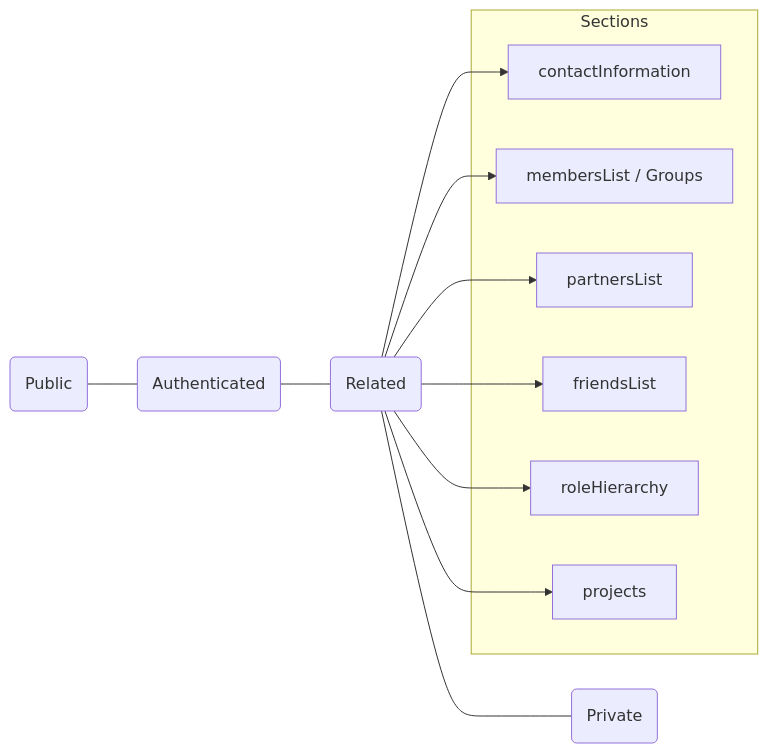
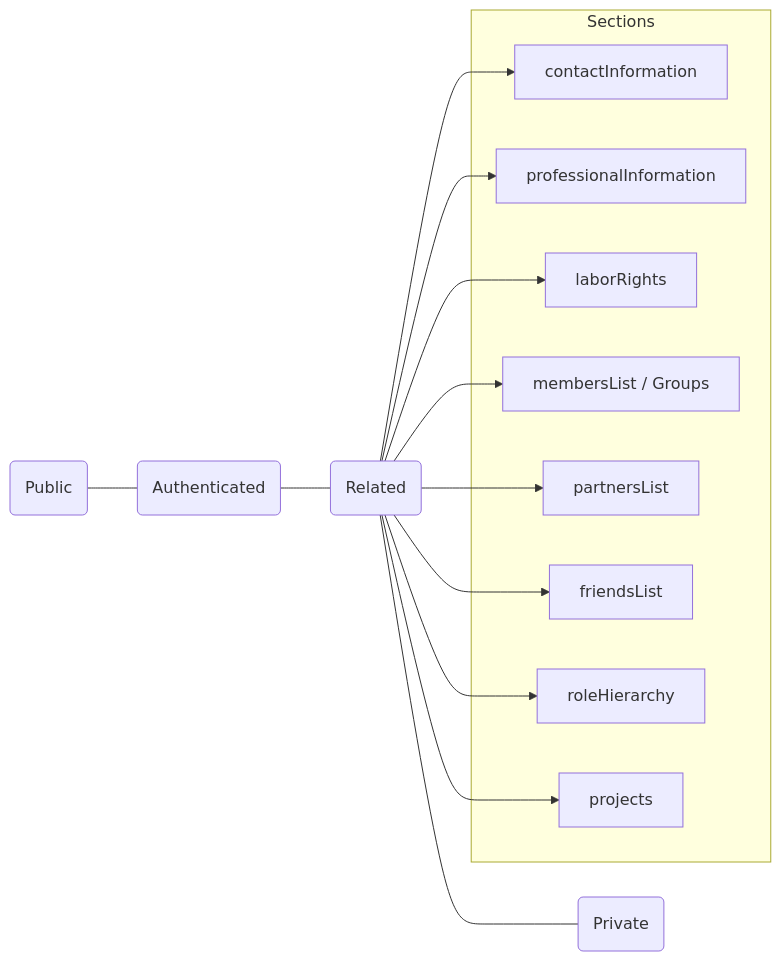
Before and after one commit to ASCENDynamics-NFP/AscendCoopPlatform: the seventh of 7 diagrams in docs/privacy-settings.md, drawn with Mermaid. The commit also changed other lines of this file, not shown here.

````diff
--- a/docs/privacy-settings.md
+++ b/docs/privacy-settings.md
@@ -227,21 +242,25 @@
 ```mermaid
 graph LR
   Public(Public) --- Auth(Authenticated) --- Related(Related)
   Related --- Private(Private)
 
   subgraph Sections
     CI[contactInformation]
+    PF[professionalInformation]
+    LR[laborRights]
     ML[membersList / Groups]
     PL[partnersList]
     FL[friendsList]
     RH[roleHierarchy]
     PR[projects]
   end
 
   Related --> CI
+  Related --> PF
+  Related --> LR
   Related --> ML
   Related --> PL
   Related --> FL
   Related --> RH
   Related --> PR
 ```
````
